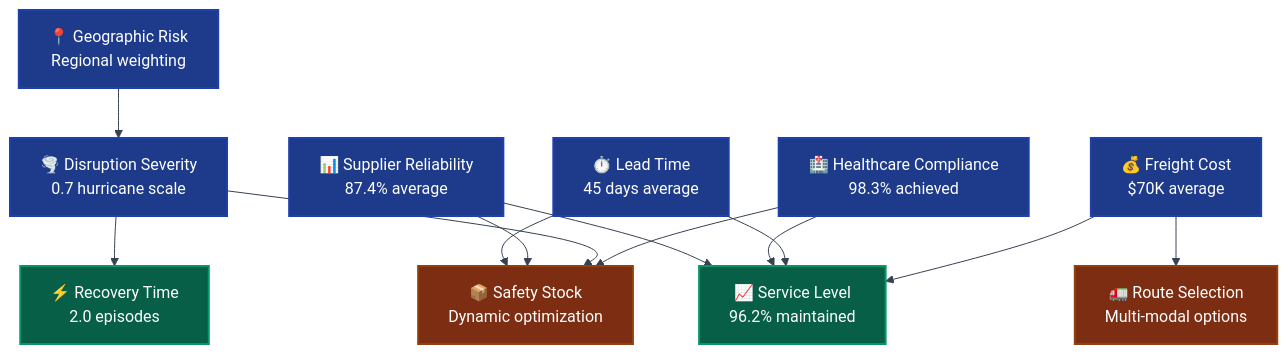
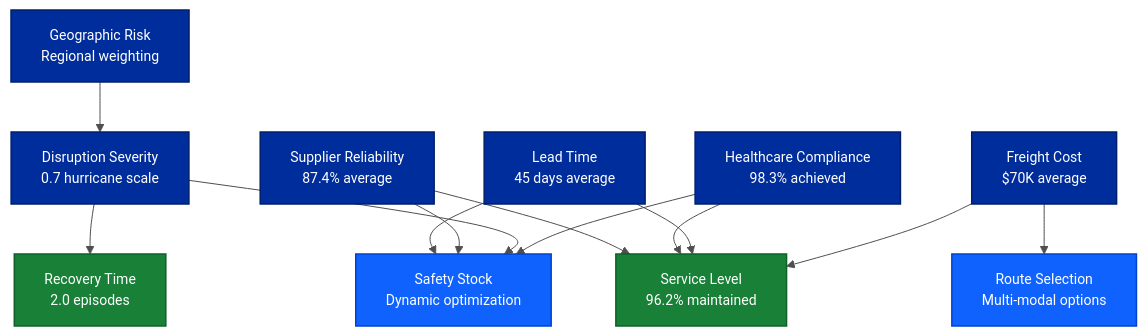
Before and after one commit to abhijit-ubale/JBL_stuff: the eighth of 8 diagrams in README.md, drawn with Mermaid. The commit also changed other lines of this file, not shown here.

````diff
--- a/README.md
+++ b/README.md
@@ -1437,37 +1445,40 @@
 ```mermaid
 %%{init: {
   'theme': 'base',
   'themeVariables': {
-    'primaryColor': '#1E3A8A',
+    'primaryColor': '#002D9C',
     'primaryTextColor': '#FFFFFF',
-    'primaryBorderColor': '#1E40AF',
-    'lineColor': '#374151',
-    'secondaryColor': '#065F46',
-    'tertiaryColor': '#7C2D12',
-    'background': '#F9FAFB',
-    'mainBkg': '#FFFFFF',
-    'secondBkg': '#F3F4F6'
+    'primaryBorderColor': '#001F6B',
+    'lineColor': '#4F4F4F',
+    'secondaryColor': '#0F62FE',
+    'tertiaryColor': '#198038',
+    'background': '#FFFFFF',
+    'mainBkg': '#F4F4F4',
+    'secondBkg': '#E0E0E0',
+    'fontFamily': 'IBM Plex Sans, -apple-system, BlinkMacSystemFont, Segoe UI, Roboto, sans-serif',
+    'fontSize': '14px',
+    'fontWeight': '400'
   }
 }}%%
 flowchart TD
-    A["📊 Supplier Reliability<br/>87.4% average"] --> B["📈 Service Level<br/>96.2% maintained"]
-    C["⏱️ Lead Time<br/>45 days average"] --> D["📦 Safety Stock<br/>Dynamic optimization"]
-    E["💰 Freight Cost<br/>$70K average"] --> F["🚛 Route Selection<br/>Multi-modal options"]
-    G["🌪️ Disruption Severity<br/>0.7 hurricane scale"] --> H["⚡ Recovery Time<br/>2.0 episodes"]
-    I["🏥 Healthcare Compliance<br/>98.3% achieved"] --> B
-    J["📍 Geographic Risk<br/>Regional weighting"] --> G
+    A["Supplier Reliability<br/>87.4% average"] --> B["Service Level<br/>96.2% maintained"]
+    C["Lead Time<br/>45 days average"] --> D["Safety Stock<br/>Dynamic optimization"]
+    E["Freight Cost<br/>$70K average"] --> F["Route Selection<br/>Multi-modal options"]
+    G["Disruption Severity<br/>0.7 hurricane scale"] --> H["Recovery Time<br/>2.0 episodes"]
+    I["Healthcare Compliance<br/>98.3% achieved"] --> B
+    J["Geographic Risk<br/>Regional weighting"] --> G
     
     A --> D
     C --> B
     E --> B
     G --> D
     I --> D
     
-    classDef inputStyle fill:#1E3A8A,stroke:#1E40AF,stroke-width:2px,color:#FFFFFF
-    classDef outputStyle fill:#065F46,stroke:#059669,stroke-width:2px,color:#FFFFFF
-    classDef intermediateStyle fill:#7C2D12,stroke:#92400E,stroke-width:2px,color:#FFFFFF
+    classDef inputStyle fill:#002D9C,stroke:#001F6B,stroke-width:1.5px,color:#FFFFFF
+    classDef outputStyle fill:#198038,stroke:#0E6027,stroke-width:1.5px,color:#FFFFFF
+    classDef intermediateStyle fill:#0F62FE,stroke:#0043CE,stroke-width:1.5px,color:#FFFFFF
     
     class A,C,E,G,I,J inputStyle
     class B,H outputStyle
     class D,F intermediateStyle
 ```
````
